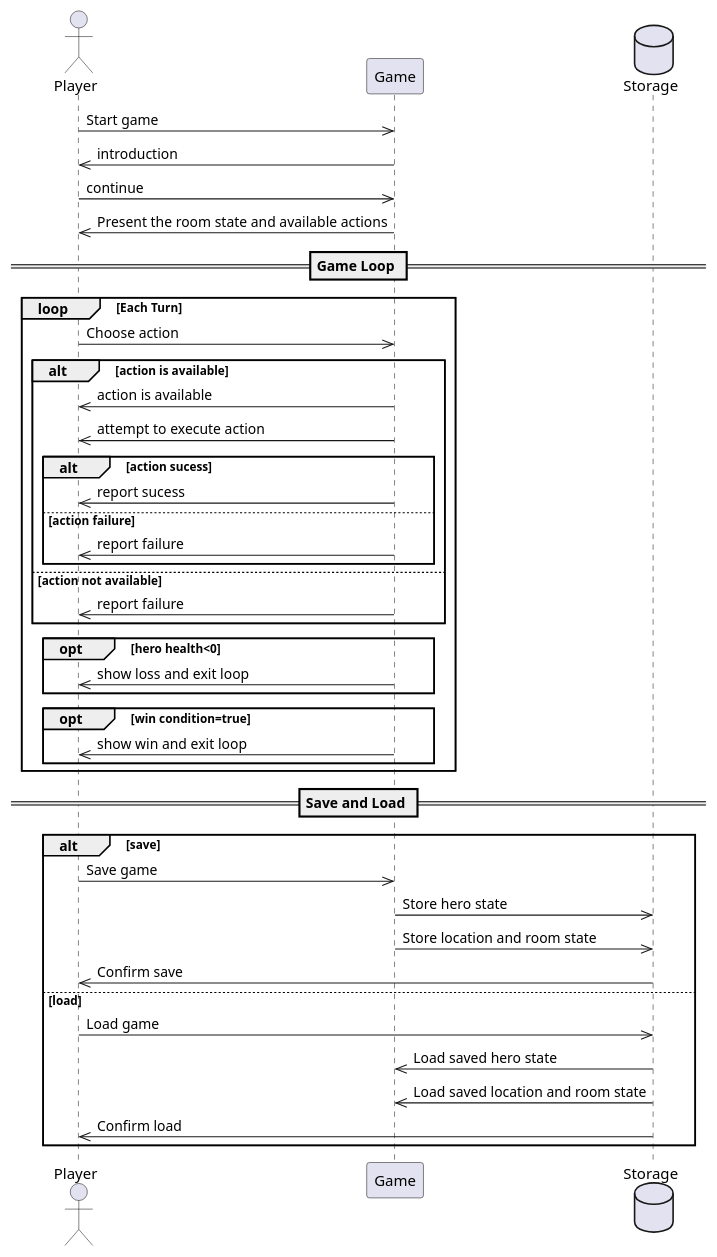
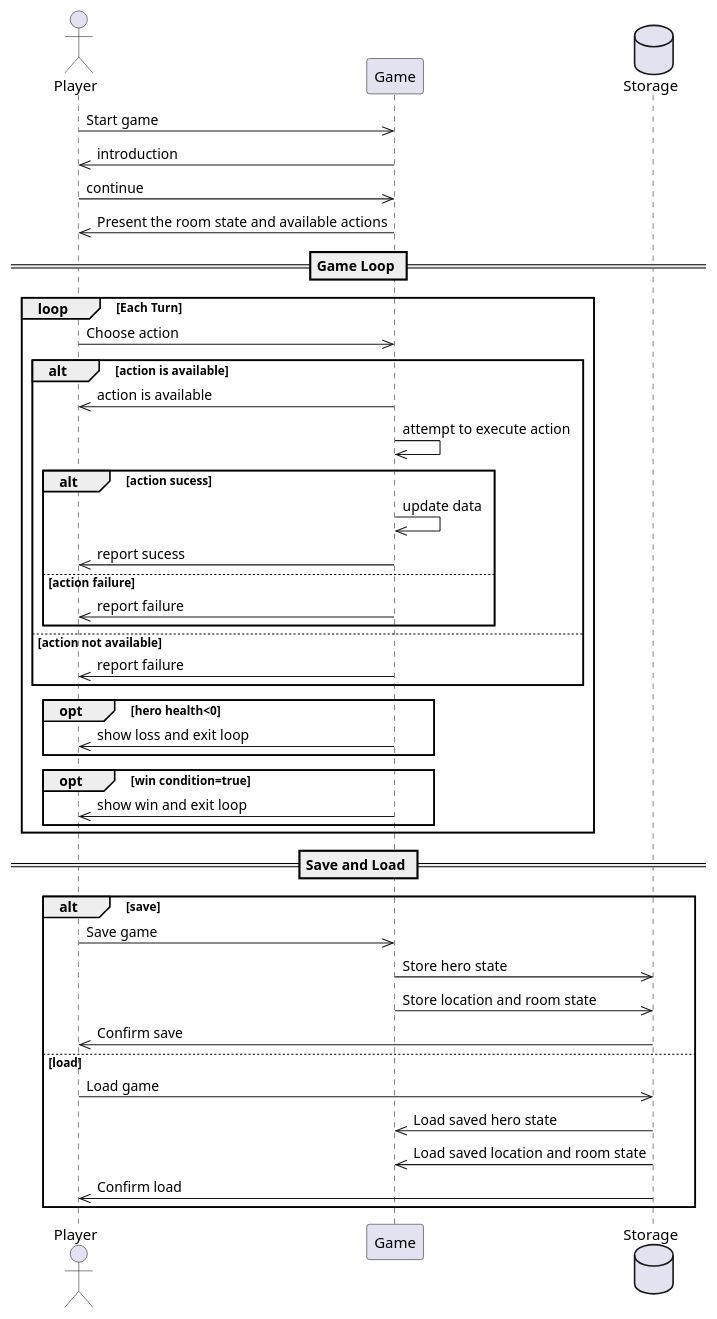
Before and after one commit to MarvinTheMoodLifter/escape-from-Dahshur: the diagram in plantuml/system-sequence-diagram.plantuml, drawn with PlantUML. The commit also changed other lines of this file, not shown here.

```diff
--- a/plantuml/system-sequence-diagram.plantuml
+++ b/plantuml/system-sequence-diagram.plantuml
@@ -1,44 +1,45 @@
 @startuml System Sequence Diagram
 actor User as "Player"
 participant Game as "Game"
 database Storage as "Storage"
 
 User->>Game: Start game
 Game->>User: introduction
 User->>Game: continue
 Game->>User: Present the room state and available actions
 
 == Game Loop ==
 loop Each Turn
     User->>Game: Choose action
     alt action is available
     Game->>User: action is available
-    Game->>User: attempt to execute action
+    Game->>Game: attempt to execute action
     alt action sucess
+    Game->>Game: update data
     Game->>User: report sucess
     else action failure
     Game->>User: report failure
     end
     else action not available
     Game->>User: report failure
 end
    opt hero health<0
    Game->>User: show loss and exit loop
    end
    opt win condition=true
    Game->>User: show win and exit loop
    end
 end
 == Save and Load ==
 alt save
 User->>Game: Save game
 Game->>Storage: Store hero state
 Game->>Storage: Store location and room state
 Storage->>User: Confirm save
 else load
 User->>Storage: Load game
 Storage->>Game: Load saved hero state
 Storage->>Game: Load saved location and room state
 Storage->>User: Confirm load
 end
 @enduml
```
